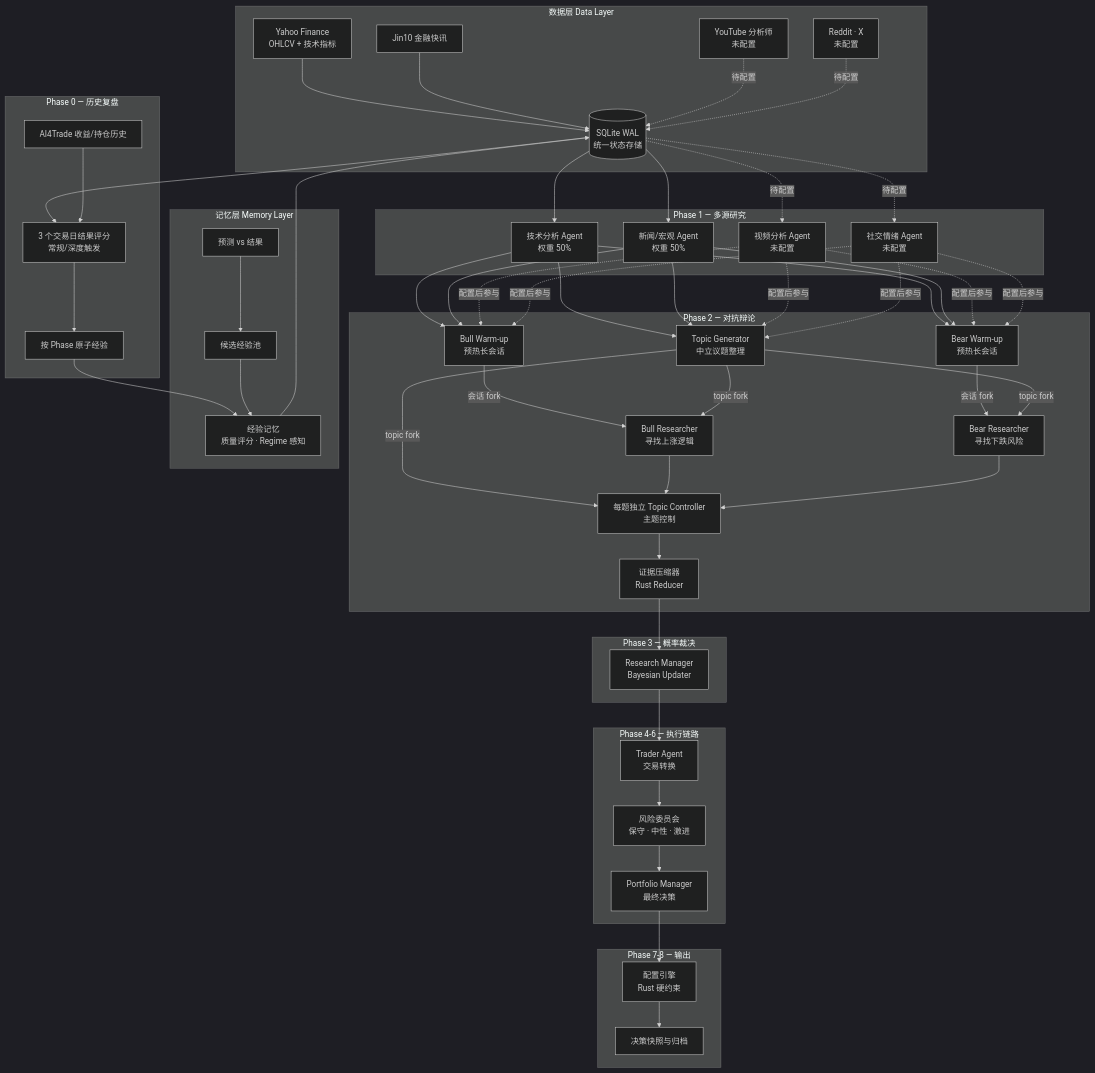
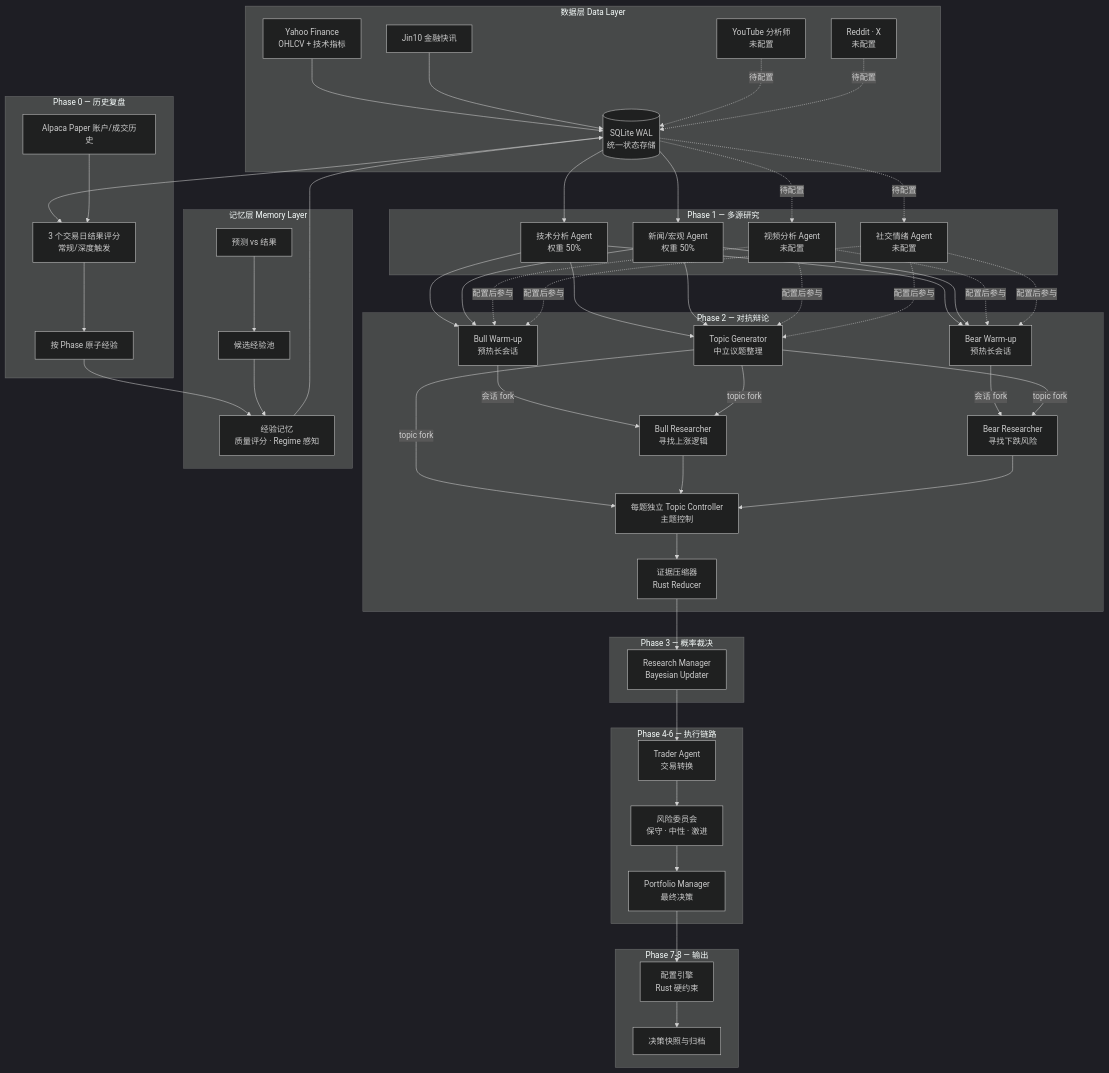
The diagram in README.md (alixeu/akzio-signal-intelligence), drawn with Mermaid (dark theme) before and after one commit. The commit also changed other lines of this file and 18 other files, not shown here.

Commit message:
feat: migrate brokerage tools to Alpaca paper

````diff
--- a/README.md
+++ b/README.md
@@ -21,81 +21,81 @@
 ```mermaid
 graph TD
     subgraph "数据层 Data Layer"
         YAHOO[Yahoo Finance<br/>OHLCV + 技术指标]
         JIN10[Jin10 金融快讯]
         YT[YouTube 分析师<br/>未配置]
         SOCIAL[Reddit · X<br/>未配置]
         SQL[(SQLite WAL<br/>统一状态存储)]
     end
 
     subgraph "Phase 1 — 多源研究"
         TA[技术分析 Agent<br/>权重 50%]
         NA[新闻/宏观 Agent<br/>权重 50%]
         YA[视频分析 Agent<br/>未配置]
         SA[社交情绪 Agent<br/>未配置]
     end
 
     subgraph "Phase 0 — 历史复盘"
-        HIST[AI4Trade 收益/持仓历史]
+        HIST[Alpaca Paper 账户/成交历史]
         SCORE[3 个交易日结果评分<br/>常规/深度触发]
         EXP[按 Phase 原子经验]
     end
 
     subgraph "Phase 2 — 对抗辩论"
         TG[Topic Generator<br/>中立议题整理]
         BW[Bull Warm-up<br/>预热长会话]
         BEW[Bear Warm-up<br/>预热长会话]
         BULL[Bull Researcher<br/>寻找上涨逻辑]
         BEAR[Bear Researcher<br/>寻找下跌风险]
         TC[每题独立 Topic Controller<br/>主题控制]
         RED[证据压缩器<br/>Rust Reducer]
     end
 
     subgraph "Phase 3 — 概率裁决"
         RM[Research Manager<br/>Bayesian Updater]
     end
 
     subgraph "Phase 4-6 — 执行链路"
         TR[Trader Agent<br/>交易转换]
         RISK[风险委员会<br/>保守 · 中性 · 激进]
         PM[Portfolio Manager<br/>最终决策]
     end
 
     subgraph "Phase 7-8 — 输出"
         ALLOC[配置引擎<br/>Rust 硬约束]
         REF[决策快照与归档]
     end
 
     subgraph "记忆层 Memory Layer"
         MEM[经验记忆<br/>质量评分 · Regime 感知]
         CAND[候选经验池]
         OUT[预测 vs 结果]
     end
 
     YAHOO --> SQL
     JIN10 --> SQL
     SQL --> SCORE
     HIST --> SCORE
     SCORE --> EXP
     EXP --> MEM
     YT -. 待配置 .-> SQL
     SOCIAL -. 待配置 .-> SQL
     SQL --> TA & NA
     SQL -. 待配置 .-> YA & SA
     TA & NA --> TG & BW & BEW
     YA & SA -. 配置后参与 .-> TG & BW & BEW
     BW -->|会话 fork| BULL
     BEW -->|会话 fork| BEAR
     TG -->|topic fork| BULL & BEAR & TC
     BULL & BEAR --> TC
     TC --> RED
     RED --> RM
     RM --> TR
     TR --> RISK
     RISK --> PM
     PM --> ALLOC
     ALLOC --> REF
     OUT --> CAND
     CAND --> MEM
     MEM --> SQL
 ```
````
